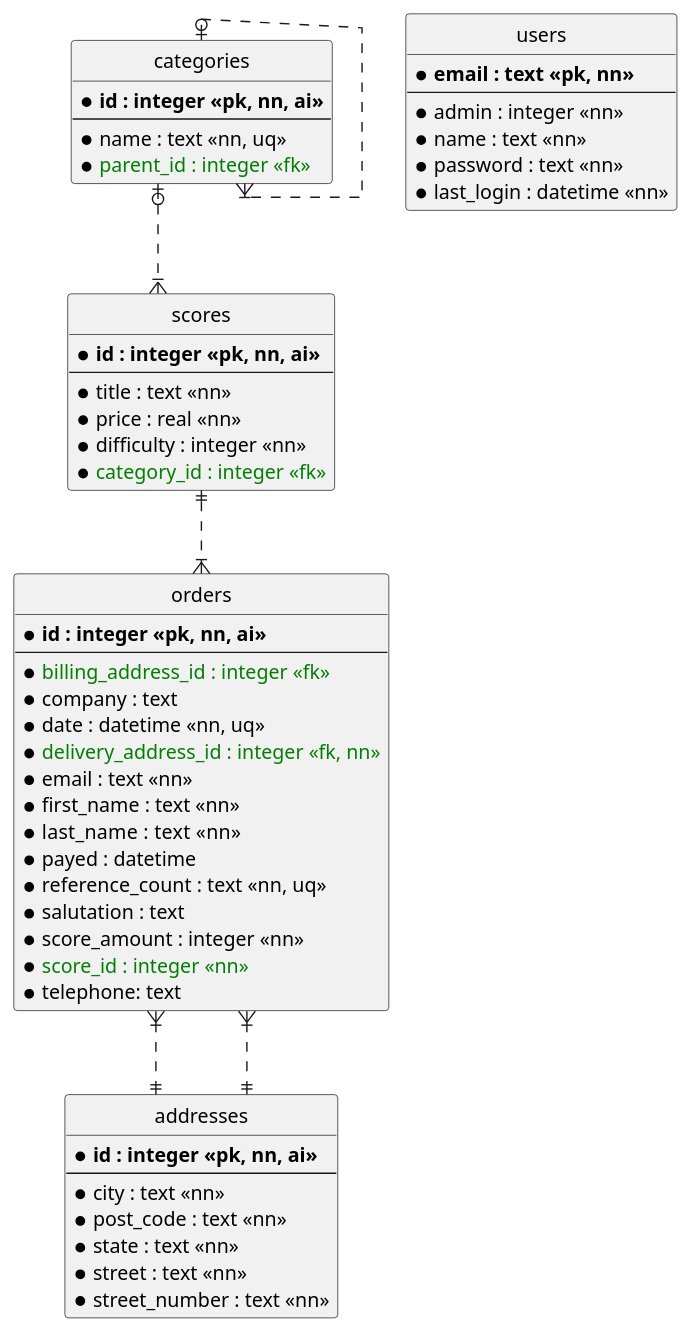
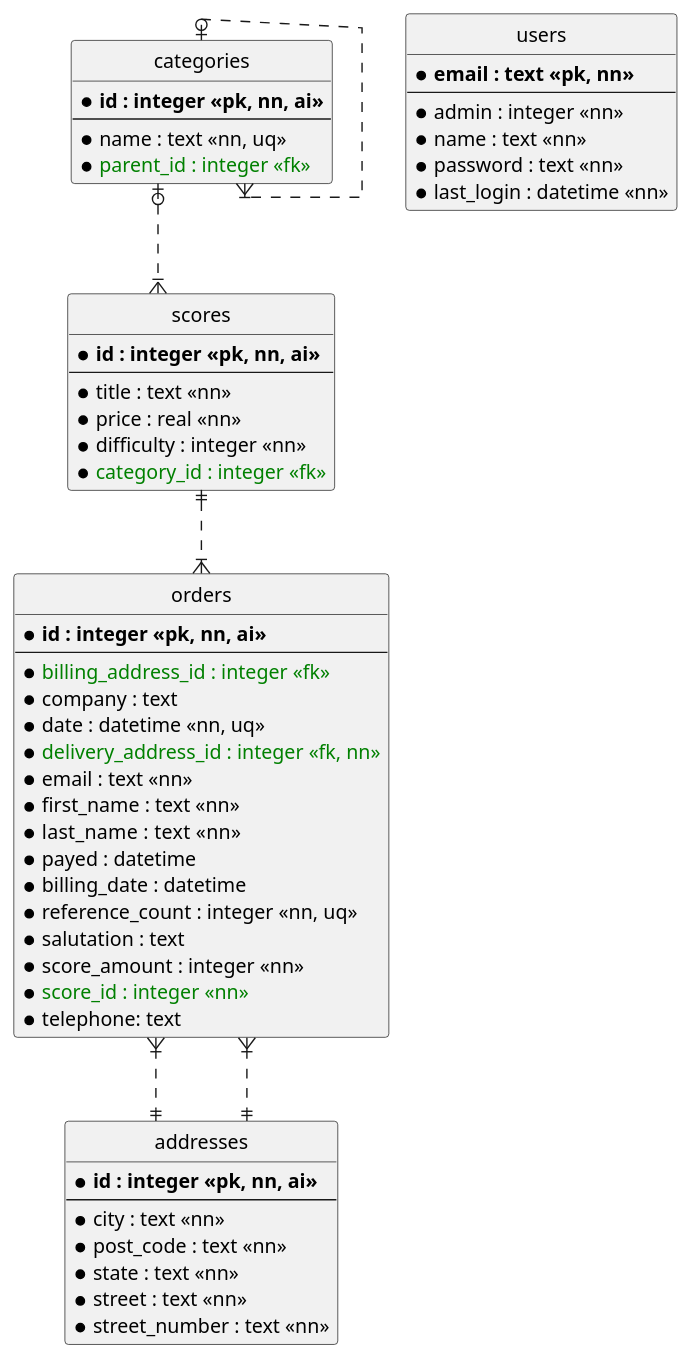
One commit to mknentwich/core changed the diagram in doc/database/database.adoc. Above: the diagram before and after it, drawn with PlantUML. The commit also changed 2 other files, not shown here.

Commit message:
added billing date to database model

```diff
--- a/doc/database/database.adoc
+++ b/doc/database/database.adoc
@@ -8,72 +8,73 @@
 [plantuml, database_model, svg]
 ....
 @startuml
 
 hide circle
 skinparam linetype ortho
 
 ' entities
 
 entity "addresses" as add {
   * **id : integer <<pk, nn, ai>>**
   --
   *city : text <<nn>>
   *post_code : text <<nn>>
   *state : text <<nn>>
   *street : text <<nn>>
   *street_number : text <<nn>>
 }
 
 entity "categories" as cat {
   * **id : integer <<pk, nn, ai>>**
   --
   *name : text <<nn, uq>>
   *<color:green>parent_id : integer <<fk>></color>
 }
 
 entity "orders" as ord {
   * **id : integer <<pk, nn, ai>>**
   --
   *<color:green>billing_address_id : integer <<fk>></color>
   *company : text
   *date : datetime <<nn, uq>>
   *<color:green>delivery_address_id : integer <<fk, nn>></color>
   *email : text <<nn>>
   *first_name : text <<nn>>
   *last_name :  text <<nn>>
   *payed : datetime
-  *reference_count : text <<nn, uq>>
+  *billing_date : datetime
+  *reference_count : integer <<nn, uq>>
   *salutation : text
   *score_amount : integer <<nn>>
   *<color:green>score_id : integer <<nn>></color>
   *telephone: text
 }
 
 entity "scores" as sco {
   * **id : integer <<pk, nn, ai>>**
   --
   *title : text <<nn>>
   *price : real <<nn>>
   *difficulty : integer <<nn>>
   *<color:green>category_id : integer <<fk>></color>
 }
 
 entity "users" {
   * **email : text <<pk, nn>>**
   --
   *admin : integer <<nn>>
   *name : text <<nn>>
   *password : text <<nn>>
   *last_login : datetime <<nn>>
 }
 
 ' relations
 
 cat |o..|{ cat
 cat |o..|{ sco
 ord }|..|| add
 ord }|..|| add
 sco ||..|{ ord
 
 @enduml
 ....
```
